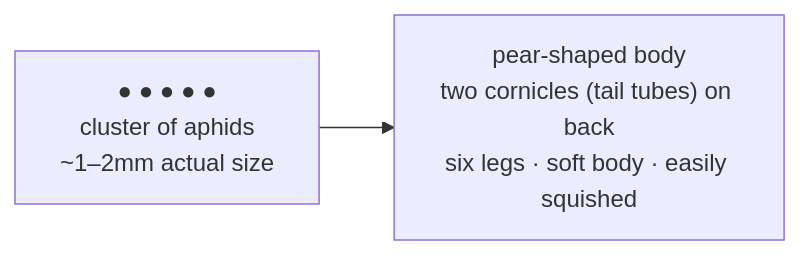
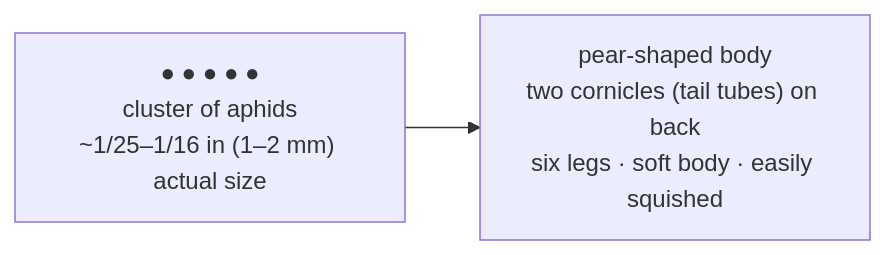
One commit to UncleJS/guide_hydroponics changed the second of 3 diagrams in guide/nft/07-pests-and-disease.md. Above: the diagram before and after it, drawn with Mermaid. The commit also changed other lines of this file and 35 other files, not shown here.

````diff
--- a/guide/nft/07-pests-and-disease.md
+++ b/guide/nft/07-pests-and-disease.md
@@ -106,6 +108,6 @@
 ```mermaid
 flowchart LR
-    A["● ● ● ● ●<br/>cluster of aphids<br/>~1–2mm actual size"]
+    A["● ● ● ● ●<br/>cluster of aphids<br/>~1/25–1/16 in (1–2 mm) actual size"]
     B["pear-shaped body<br/>two cornicles (tail tubes) on back<br/>six legs · soft body · easily squished"]
     A --> B
 ```
````
